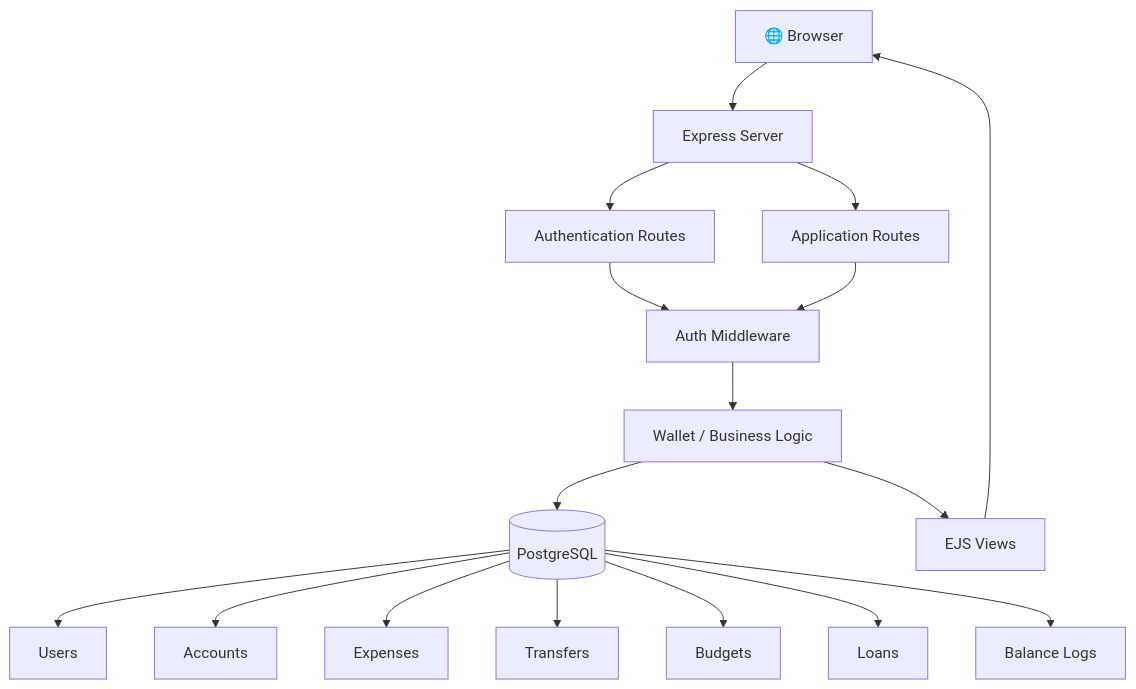
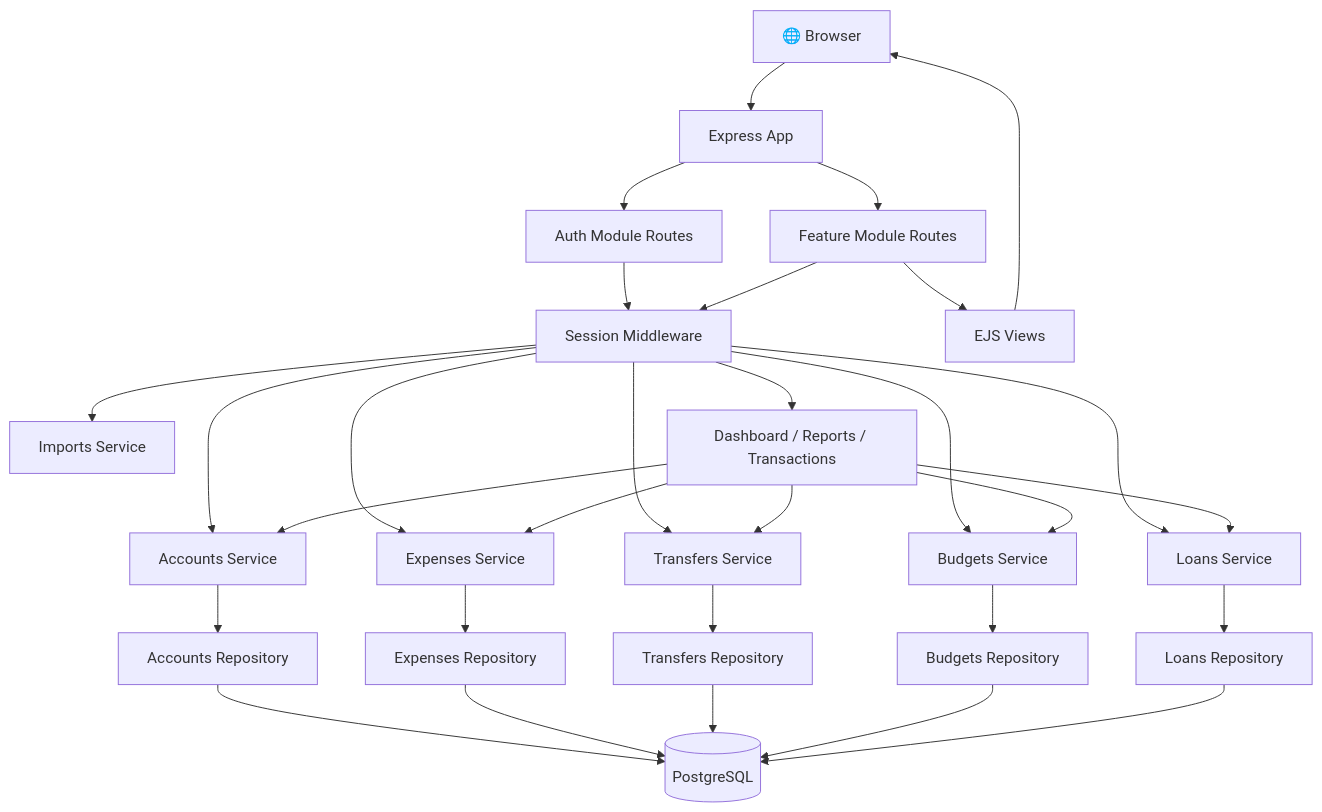
One commit to saurabh-dev-vns/Ledger changed the first of 3 diagrams in README.md. Above: the diagram before and after it, drawn with Mermaid. The commit also changed other lines of this file and 49 other files, not shown here.

````diff
--- a/README.md
+++ b/README.md
@@ -98,25 +98,39 @@
 ```mermaid
 flowchart TD
-    A[🌐 Browser] --> B[Express Server]
+    A[🌐 Browser] --> B[Express App]
 
-    B --> C[Authentication Routes]
-    B --> D[Application Routes]
+    B --> C[Auth Module Routes]
+    B --> D[Feature Module Routes]
 
-    C --> E[Auth Middleware]
+    C --> E[Session Middleware]
     D --> E
 
-    E --> F[Wallet / Business Logic]
+    E --> F1[Accounts Service]
+    E --> F2[Expenses Service]
+    E --> F3[Transfers Service]
+    E --> F4[Budgets Service]
+    E --> F5[Loans Service]
+    E --> F6[Imports Service]
+    E --> F7[Dashboard / Reports / Transactions]
 
-    F --> G[(PostgreSQL)]
+    F7 --> F1
+    F7 --> F2
+    F7 --> F3
+    F7 --> F4
+    F7 --> F5
 
-    G --> H[Users]
-    G --> I[Accounts]
-    G --> J[Expenses]
-    G --> K[Transfers]
-    G --> L[Budgets]
-    G --> M[Loans]
-    G --> N[Balance Logs]
+    F1 --> G1[Accounts Repository]
+    F2 --> G2[Expenses Repository]
+    F3 --> G3[Transfers Repository]
+    F4 --> G4[Budgets Repository]
+    F5 --> G5[Loans Repository]
 
-    F --> O[EJS Views]
+    G1 --> H[(PostgreSQL)]
+    G2 --> H
+    G3 --> H
+    G4 --> H
+    G5 --> H
+
+    D --> O[EJS Views]
     O --> A
 ```
````
